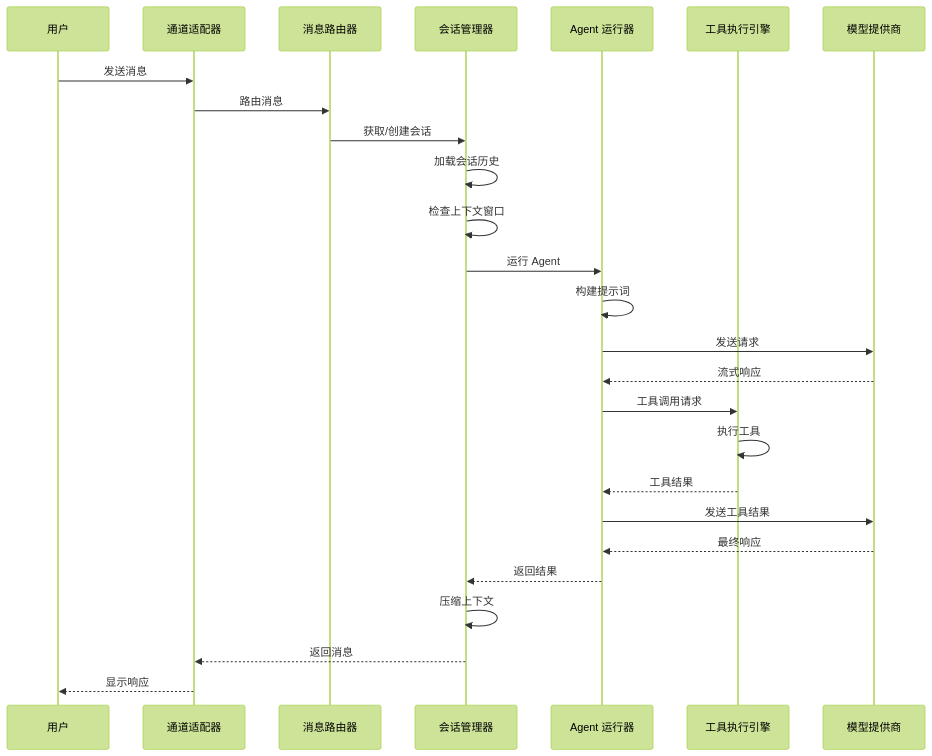
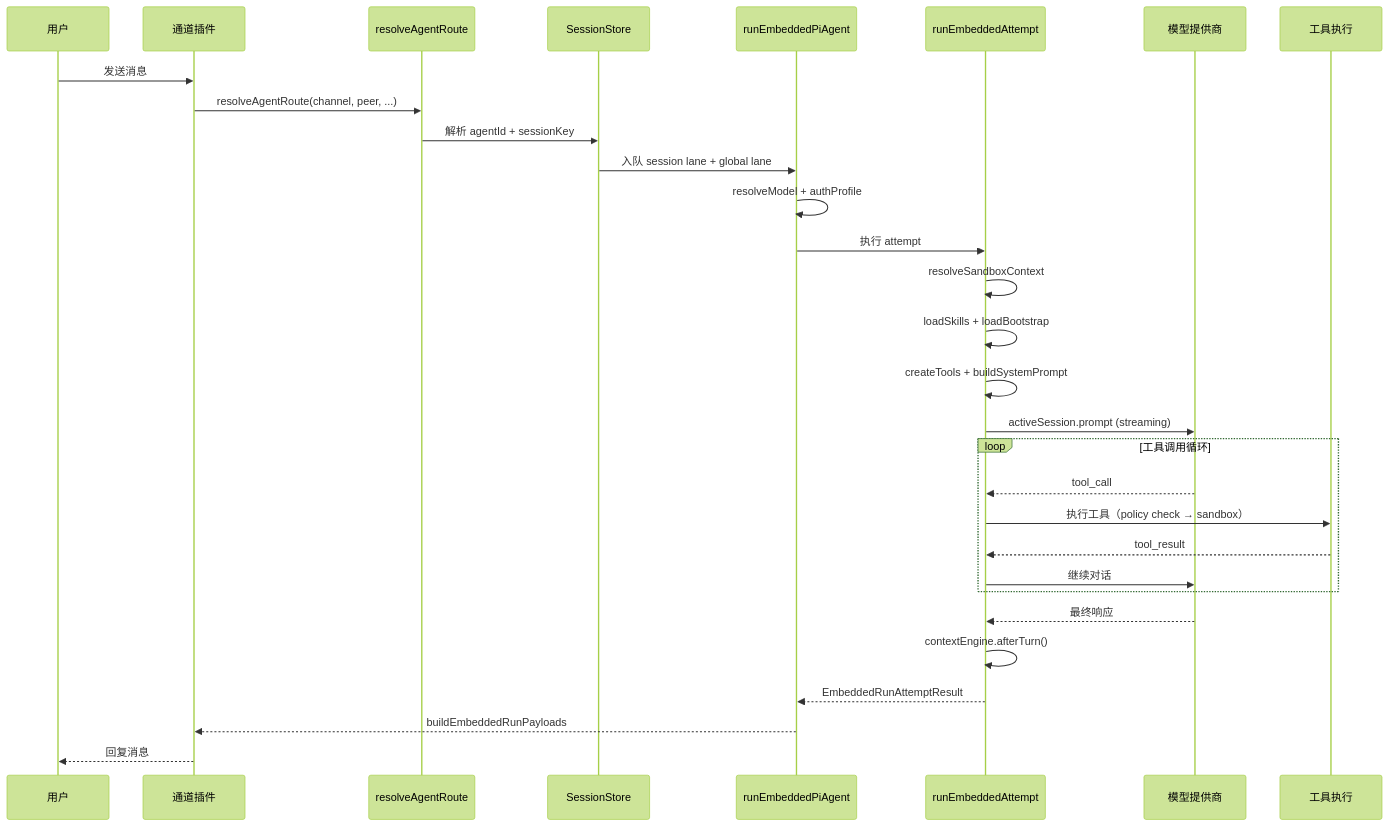
Before and after one commit to caicongyang/bloger: the first of 11 diagrams in openclaw/AGENT_RUNTIME.md, drawn with Mermaid (forest theme). The commit also changed other lines of this file and 13 other files, not shown here.

````diff
--- a/openclaw/AGENT_RUNTIME.md
+++ b/openclaw/AGENT_RUNTIME.md
@@ -85,35 +74,33 @@
 ```mermaid
 sequenceDiagram
-    participant User as 用户
-    participant Channel as 通道适配器
-    participant Router as 消息路由器
-    participant Session as 会话管理器
-    participant Runner as Agent 运行器
-    participant Tools as 工具执行引擎
-    participant Model as 模型提供商
+    participant U as 用户
+    participant CH as 通道插件
+    participant RT as resolveAgentRoute
+    participant SS as SessionStore
+    participant RUN as runEmbeddedPiAgent
+    participant ATT as runEmbeddedAttempt
+    participant LLM as 模型提供商
+    participant TL as 工具执行
 
-    User->>Channel: 发送消息
-    Channel->>Router: 路由消息
-    Router->>Session: 获取/创建会话
-    
-    Session->>Session: 加载会话历史
-    Session->>Session: 检查上下文窗口
-    
-    Session->>Runner: 运行 Agent
-    Runner->>Runner: 构建提示词
-    Runner->>Model: 发送请求
-    
-    Model-->>Runner: 流式响应
-    Runner->>Tools: 工具调用请求
-    
-    Tools->>Tools: 执行工具
-    Tools-->>Runner: 工具结果
-    
-    Runner->>Model: 发送工具结果
-    Model-->>Runner: 最终响应
-    
-    Runner-->>Session: 返回结果
-    Session->>Session: 压缩上下文
-    Session-->>Channel: 返回消息
-    Channel-->>User: 显示响应
+    U->>CH: 发送消息
+    CH->>RT: resolveAgentRoute(channel, peer, ...)
+    RT->>SS: 解析 agentId + sessionKey
+    SS->>RUN: 入队 session lane + global lane
+    RUN->>RUN: resolveModel + authProfile
+    RUN->>ATT: 执行 attempt
+    ATT->>ATT: resolveSandboxContext
+    ATT->>ATT: loadSkills + loadBootstrap
+    ATT->>ATT: createTools + buildSystemPrompt
+    ATT->>LLM: activeSession.prompt (streaming)
+    loop 工具调用循环
+        LLM-->>ATT: tool_call
+        ATT->>TL: 执行工具（policy check → sandbox）
+        TL-->>ATT: tool_result
+        ATT->>LLM: 继续对话
+    end
+    LLM-->>ATT: 最终响应
+    ATT->>ATT: contextEngine.afterTurn()
+    ATT-->>RUN: EmbeddedRunAttemptResult
+    RUN-->>CH: buildEmbeddedRunPayloads
+    CH-->>U: 回复消息
 ```
````
